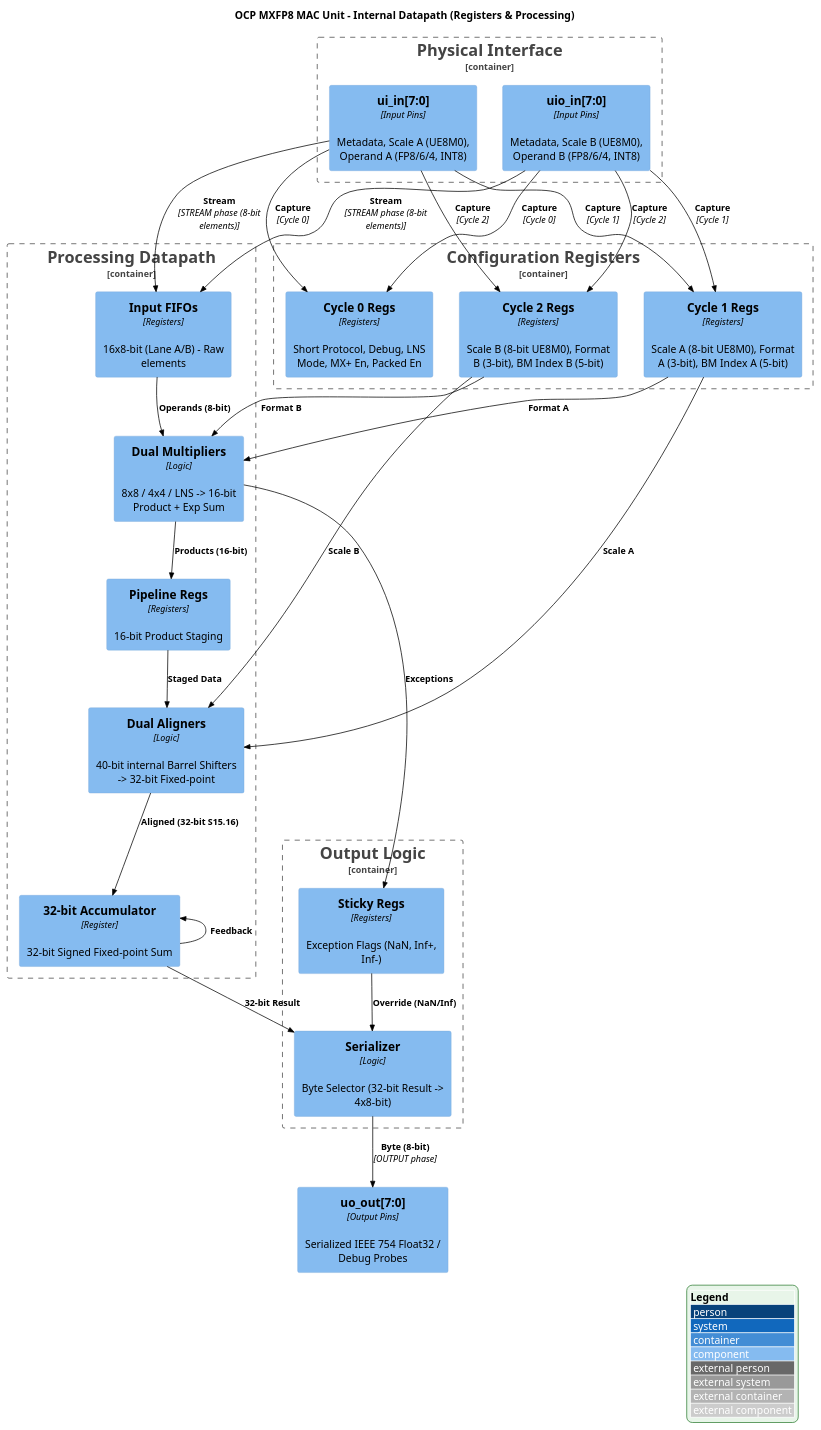
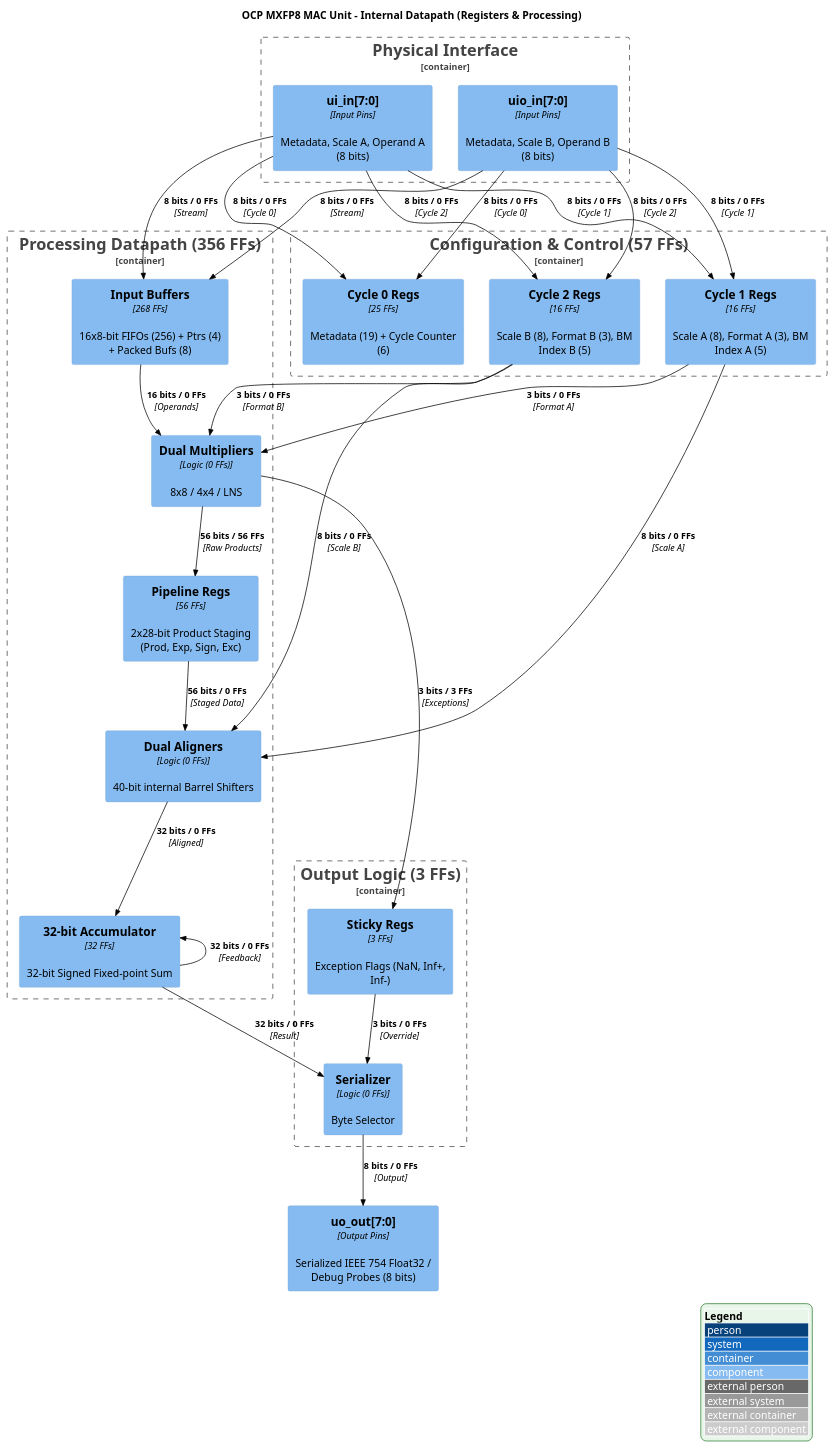
Before and after one commit to chatelao/ttihp-fp8-mul: the diagram in docs/diagrams/DATAPATH_DIAGRAM.PUML, drawn with PlantUML. The commit also changed 3 other files, not shown here.

First line of the commit message:
docs: annotate architecture diagrams with flip-flop counts and bit-widths

```diff
--- a/docs/diagrams/DATAPATH_DIAGRAM.PUML
+++ b/docs/diagrams/DATAPATH_DIAGRAM.PUML
@@ -1,101 +1,101 @@
 @startuml DATAPATH_DIAGRAM
 !include https://raw.githubusercontent.com/plantuml-stdlib/C4-PlantUML/master/C4_Component.puml
 
 LAYOUT_WITH_LEGEND()
 
 ' Green Theme Overrides
 skinparam backgroundColor white
 skinparam component {
     BackgroundColor #90EE90
     BorderColor #006400
     FontColor #000000
 }
 skinparam rectangle<<container>> {
     BackgroundColor #90EE90
     BorderColor #006400
     FontColor #000000
 }
 skinparam rectangle<<boundary>> {
     FontSize 20
     BorderColor #006400
     FontColor #000000
 }
 skinparam rectangle<<container_boundary>> {
     FontSize 20
     BorderColor #006400
     FontColor #000000
 }
 skinparam rectangle<<system_boundary>> {
     FontSize 20
     BorderColor #006400
     FontColor #000000
 }
 skinparam Arrow {
     Color black
     FontColor black
 }
 skinparam legend {
     BackgroundColor #E8F5E9
     BorderColor #2E7D32
 }
 
 UpdateBoundaryStyle("container", $type="container")
 
 title OCP MXFP8 MAC Unit - Internal Datapath (Registers & Processing)
 
 Container_Boundary(input_pins, "Physical Interface") {
-    Component(ui_in, "ui_in[7:0]", "Input Pins", "Metadata, Scale A (UE8M0), Operand A (FP8/6/4, INT8)")
-    Component(uio_in, "uio_in[7:0]", "Input Pins", "Metadata, Scale B (UE8M0), Operand B (FP8/6/4, INT8)")
+    Component(ui_in, "ui_in[7:0]", "Input Pins", "Metadata, Scale A, Operand A (8 bits)")
+    Component(uio_in, "uio_in[7:0]", "Input Pins", "Metadata, Scale B, Operand B (8 bits)")
 }
 
-Container_Boundary(reg_file, "Configuration Registers") {
-    Component(cfg_reg0, "Cycle 0 Regs", "Registers", "Short Protocol, Debug, LNS Mode, MX+ En, Packed En")
-    Component(cfg_reg1, "Cycle 1 Regs", "Registers", "Scale A (8-bit UE8M0), Format A (3-bit), BM Index A (5-bit)")
-    Component(cfg_reg2, "Cycle 2 Regs", "Registers", "Scale B (8-bit UE8M0), Format B (3-bit), BM Index B (5-bit)")
+Container_Boundary(reg_file, "Configuration & Control (57 FFs)") {
+    Component(cfg_reg0, "Cycle 0 Regs", "25 FFs", "Metadata (19) + Cycle Counter (6)")
+    Component(cfg_reg1, "Cycle 1 Regs", "16 FFs", "Scale A (8), Format A (3), BM Index A (5)")
+    Component(cfg_reg2, "Cycle 2 Regs", "16 FFs", "Scale B (8), Format B (3), BM Index B (5)")
 }
 
-Container_Boundary(datapath, "Processing Datapath") {
-    Component(fifo, "Input FIFOs", "Registers", "16x8-bit (Lane A/B) - Raw elements")
-    Component(mul, "Dual Multipliers", "Logic", "8x8 / 4x4 / LNS -> 16-bit Product + Exp Sum")
-    Component(pipe_reg, "Pipeline Regs", "Registers", "16-bit Product Staging")
-    Component(align, "Dual Aligners", "Logic", "40-bit internal Barrel Shifters -> 32-bit Fixed-point")
-    Component(acc, "32-bit Accumulator", "Register", "32-bit Signed Fixed-point Sum")
+Container_Boundary(datapath, "Processing Datapath (356 FFs)") {
+    Component(fifo, "Input Buffers", "268 FFs", "16x8-bit FIFOs (256) + Ptrs (4) + Packed Bufs (8)")
+    Component(mul, "Dual Multipliers", "Logic (0 FFs)", "8x8 / 4x4 / LNS")
+    Component(pipe_reg, "Pipeline Regs", "56 FFs", "2x28-bit Product Staging (Prod, Exp, Sign, Exc)")
+    Component(align, "Dual Aligners", "Logic (0 FFs)", "40-bit internal Barrel Shifters")
+    Component(acc, "32-bit Accumulator", "32 FFs", "32-bit Signed Fixed-point Sum")
 }
 
-Container_Boundary(output_logic, "Output Logic") {
-    Component(sticky, "Sticky Regs", "Registers", "Exception Flags (NaN, Inf+, Inf-)")
-    Component(ser, "Serializer", "Logic", "Byte Selector (32-bit Result -> 4x8-bit)")
+Container_Boundary(output_logic, "Output Logic (3 FFs)") {
+    Component(sticky, "Sticky Regs", "3 FFs", "Exception Flags (NaN, Inf+, Inf-)")
+    Component(ser, "Serializer", "Logic (0 FFs)", "Byte Selector")
 }
 
-Component(uo_out, "uo_out[7:0]", "Output Pins", "Serialized IEEE 754 Float32 / Debug Probes")
+Component(uo_out, "uo_out[7:0]", "Output Pins", "Serialized IEEE 754 Float32 / Debug Probes (8 bits)")
 
 ' Dataflow Arrows
-Rel_D(ui_in, cfg_reg0, "Capture", "Cycle 0")
-Rel_D(uio_in, cfg_reg0, "Capture", "Cycle 0")
-Rel_D(ui_in, cfg_reg1, "Capture", "Cycle 1")
-Rel_D(uio_in, cfg_reg1, "Capture", "Cycle 1")
-Rel_D(ui_in, cfg_reg2, "Capture", "Cycle 2")
-Rel_D(uio_in, cfg_reg2, "Capture", "Cycle 2")
+Rel_D(ui_in, cfg_reg0, "8 bits / 0 FFs", "Cycle 0")
+Rel_D(uio_in, cfg_reg0, "8 bits / 0 FFs", "Cycle 0")
+Rel_D(ui_in, cfg_reg1, "8 bits / 0 FFs", "Cycle 1")
+Rel_D(uio_in, cfg_reg1, "8 bits / 0 FFs", "Cycle 1")
+Rel_D(ui_in, cfg_reg2, "8 bits / 0 FFs", "Cycle 2")
+Rel_D(uio_in, cfg_reg2, "8 bits / 0 FFs", "Cycle 2")
 
-Rel_D(ui_in, fifo, "Stream", "STREAM phase (8-bit elements)")
-Rel_D(uio_in, fifo, "Stream", "STREAM phase (8-bit elements)")
+Rel_D(ui_in, fifo, "8 bits / 0 FFs", "Stream")
+Rel_D(uio_in, fifo, "8 bits / 0 FFs", "Stream")
 
-Rel_D(fifo, mul, "Operands (8-bit)")
-Rel_D(cfg_reg1, mul, "Format A")
-Rel_D(cfg_reg2, mul, "Format B")
+Rel_D(fifo, mul, "16 bits / 0 FFs", "Operands")
+Rel_D(cfg_reg1, mul, "3 bits / 0 FFs", "Format A")
+Rel_D(cfg_reg2, mul, "3 bits / 0 FFs", "Format B")
 
-Rel_D(mul, pipe_reg, "Products (16-bit)")
-Rel_D(pipe_reg, align, "Staged Data")
-Rel_L(cfg_reg1, align, "Scale A")
-Rel_L(cfg_reg2, align, "Scale B")
+Rel_D(mul, pipe_reg, "56 bits / 56 FFs", "Raw Products")
+Rel_D(pipe_reg, align, "56 bits / 0 FFs", "Staged Data")
+Rel_L(cfg_reg1, align, "8 bits / 0 FFs", "Scale A")
+Rel_L(cfg_reg2, align, "8 bits / 0 FFs", "Scale B")
 
-Rel_D(align, acc, "Aligned (32-bit S15.16)")
-Rel_U(acc, acc, "Feedback")
+Rel_D(align, acc, "32 bits / 0 FFs", "Aligned")
+Rel_U(acc, acc, "32 bits / 0 FFs", "Feedback")
 
-Rel_D(mul, sticky, "Exceptions")
-Rel_D(acc, ser, "32-bit Result")
-Rel_D(sticky, ser, "Override (NaN/Inf)")
+Rel_D(mul, sticky, "3 bits / 3 FFs", "Exceptions")
+Rel_D(acc, ser, "32 bits / 0 FFs", "Result")
+Rel_D(sticky, ser, "3 bits / 0 FFs", "Override")
 
-Rel_D(ser, uo_out, "Byte (8-bit)", "OUTPUT phase")
+Rel_D(ser, uo_out, "8 bits / 0 FFs", "Output")
 
 @enduml
```
